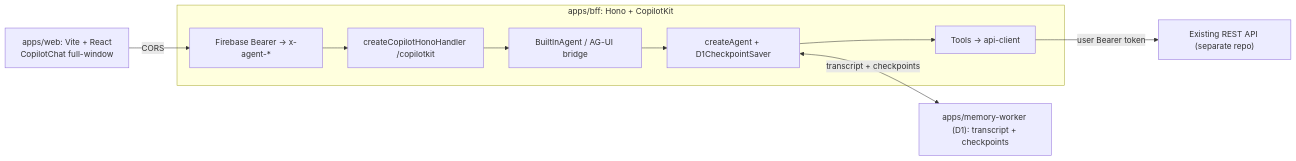
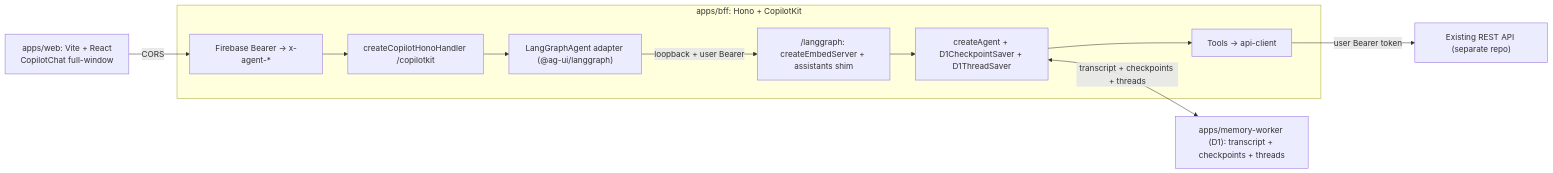
The diagram in langchain-copilot-boilerplate/README.md (phuocv76/langchain-js), drawn with Mermaid before and after one commit. The commit also changed other lines of this file and 17 other files, not shown here.

Commit message:
docs: embed runtime migration plan, reports and architecture decks

````diff
--- a/langchain-copilot-boilerplate/README.md
+++ b/langchain-copilot-boilerplate/README.md
@@ -25,16 +26,18 @@
 ```mermaid
 flowchart LR
   UI["apps/web: Vite + React<br/>CopilotChat full-window"]
   subgraph bff [apps/bff: Hono + CopilotKit]
     Identity["Firebase Bearer → x-agent-*"]
     Runtime["createCopilotHonoHandler /copilotkit"]
-    Bridge["BuiltInAgent / AG-UI bridge"]
-    Graph["createAgent + D1CheckpointSaver"]
+    Adapter["LangGraphAgent adapter (@ag-ui/langgraph)"]
+    Embed["/langgraph: createEmbedServer + assistants shim"]
+    Graph["createAgent + D1CheckpointSaver + D1ThreadSaver"]
     Tools["Tools -> api-client"]
   end
-  MW["apps/memory-worker (D1): transcript + checkpoints"]
+  MW["apps/memory-worker (D1): transcript + checkpoints + threads"]
   API["Existing REST API (separate repo)"]
-  UI -->|CORS| Identity --> Runtime --> Bridge --> Graph
+  UI -->|CORS| Identity --> Runtime --> Adapter
+  Adapter -->|loopback + user Bearer| Embed --> Graph
   Graph --> Tools -->|user Bearer token| API
-  Graph <-->|transcript + checkpoints| MW
+  Graph <-->|transcript + checkpoints + threads| MW
 ```
````
